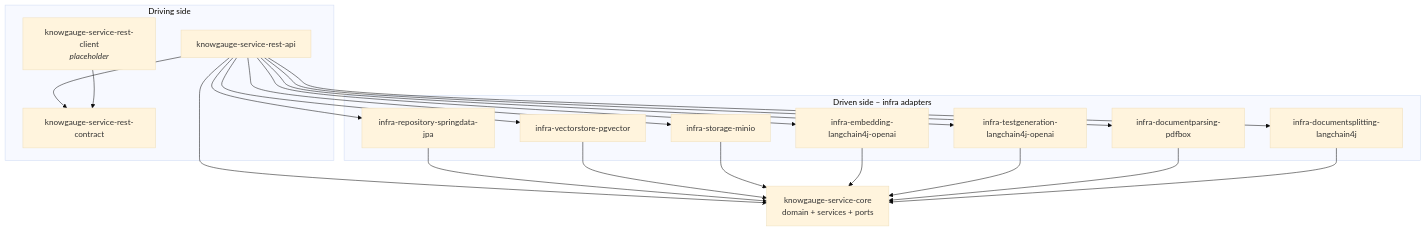
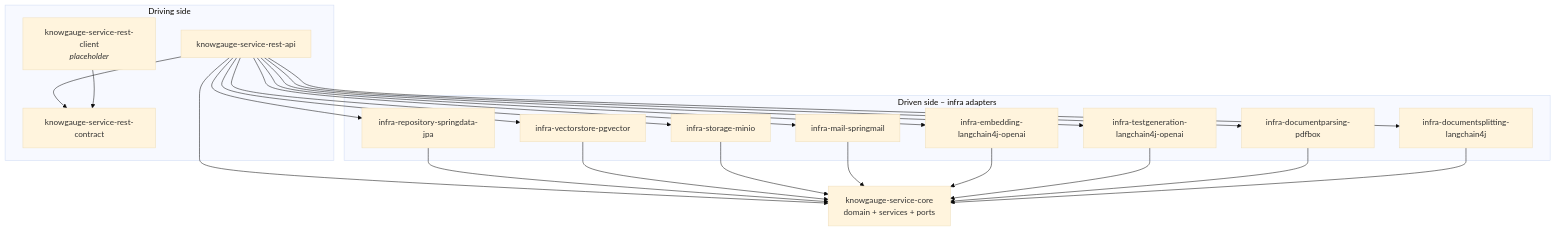
Before and after one commit to irina981/know-gauge: the first of 2 diagrams in docs/architecture/02-modules-and-layering.md, drawn with Mermaid (base theme). The commit also changed other lines of this file and 73 other files, not shown here.

````diff
--- a/docs/architecture/02-modules-and-layering.md
+++ b/docs/architecture/02-modules-and-layering.md
@@ -16,24 +16,25 @@
 ```mermaid
 flowchart TB
     subgraph driving[Driving side]
         api[knowgauge-service-rest-api]
         contract[knowgauge-service-rest-contract]
         client[knowgauge-service-rest-client<br/><i>placeholder</i>]
     end
     core[knowgauge-service-core<br/>domain + services + ports]
     subgraph driven[Driven side – infra adapters]
         jpa[infra-repository-springdata-jpa]
         pgv[infra-vectorstore-pgvector]
         minio[infra-storage-minio]
+        mail[infra-mail-springmail]
         emb[infra-embedding-langchain4j-openai]
         tg[infra-testgeneration-langchain4j-openai]
         pdf[infra-documentparsing-pdfbox]
         split[infra-documentsplitting-langchain4j]
     end
 
     api --> core
     api --> contract
-    api --> jpa & pgv & minio & emb & tg & pdf & split
+    api --> jpa & pgv & minio & mail & emb & tg & pdf & split
     client --> contract
-    jpa & pgv & minio & emb & tg & pdf & split --> core
+    jpa & pgv & minio & mail & emb & tg & pdf & split --> core
 ```
````
